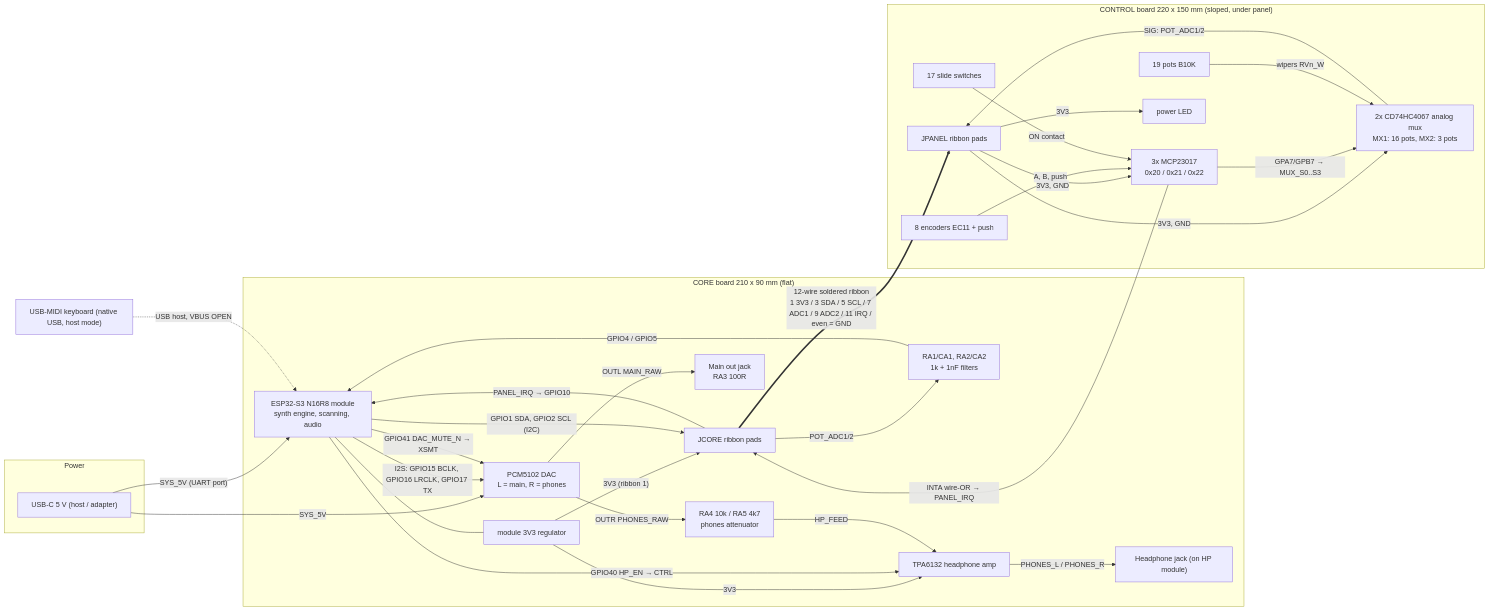
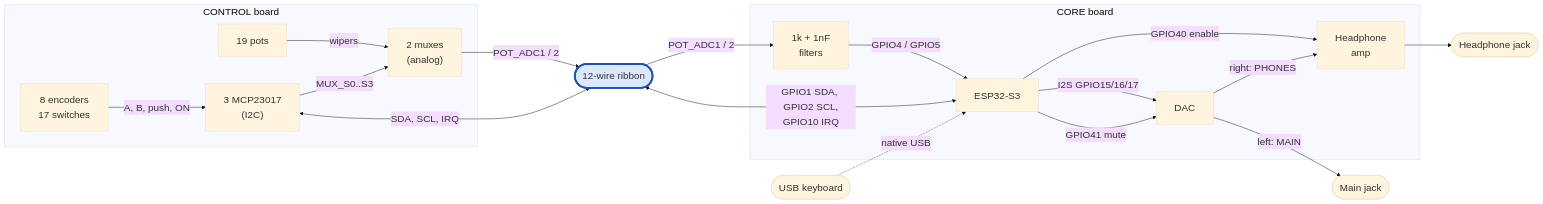
The second of 2 diagrams in docs/plan-r0.5.md (maakleerplek/MooMoog), drawn with Mermaid before and after one commit. The commit also changed other lines of this file, not shown here.

Commit message:
Plan: split block diagram into power and signal diagrams, larger text
Power diagram marks the single entry point (USB-C on the ESP module UART port).

Claude-Session: https://claude.ai/code/session_01GPF9TM1QodN6KMYhP8VWec

````diff
--- a/docs/plan-r0.5.md
+++ b/docs/plan-r0.5.md
@@ -24,58 +59,38 @@
 ```mermaid
+%%{init: {"theme": "base", "themeVariables": {"fontSize": "22px"}, "flowchart": {"nodeSpacing": 50, "rankSpacing": 70, "padding": 20}}}%%
 flowchart LR
-  subgraph PWR["Power"]
-    USB5["USB-C 5 V (host / adapter)"]
+  subgraph CTRL["CONTROL board"]
+    POTS["19 pots"]
+    MX["2 muxes<br/>(analog)"]
+    SW["8 encoders<br/>17 switches"]
+    IO["3 MCP23017<br/>(I2C)"]
   end
-  subgraph CORE["CORE board 210 x 90 mm (flat)"]
-    ESP["ESP32-S3 N16R8 module<br/>synth engine, scanning, audio"]
-    REG["module 3V3 regulator"]
-    FILT["RA1/CA1, RA2/CA2<br/>1k + 1nF filters"]
-    DAC["PCM5102 DAC<br/>L = main, R = phones"]
-    ATT["RA4 10k / RA5 4k7<br/>phones attenuator"]
-    HP["TPA6132 headphone amp"]
-    JM["Main out jack<br/>RA3 100R"]
-    JH["Headphone jack (on HP module)"]
-    JC["JCORE ribbon pads"]
+  RIB(["12-wire ribbon"]):::rib
+  subgraph CORE["CORE board"]
+    FILT["1k + 1nF<br/>filters"]
+    ESP["ESP32-S3"]
+    DAC["DAC"]
+    AMP["Headphone<br/>amp"]
   end
-  subgraph CTRL["CONTROL board 220 x 150 mm (sloped, under panel)"]
-    JP["JPANEL ribbon pads"]
-    IO["3x MCP23017<br/>0x20 / 0x21 / 0x22"]
-    MX["2x CD74HC4067 analog mux<br/>MX1: 16 pots, MX2: 3 pots"]
-    POTS["19 pots B10K"]
-    ENC["8 encoders EC11 + push"]
-    SW["17 slide switches"]
-    LED["power LED"]
-  end
-  KB["USB-MIDI keyboard (native USB, host mode)"]
+  OUT1(["Main jack"])
+  OUT2(["Headphone jack"])
+  KB(["USB keyboard"])
 
-  USB5 -- "SYS_5V (UART port)" --> ESP
-  USB5 -- "SYS_5V" --> DAC
-  ESP --- REG
-  REG -- "3V3" --> HP
-  REG -- "3V3 (ribbon 1)" --> JC
-  KB -. "USB host, VBUS OPEN" .-> ESP
+  POTS -- "wipers" --> MX
+  IO -- "MUX_S0..S3" --> MX
+  SW -- "A, B, push, ON" --> IO
+  MX -- "POT_ADC1 / 2" --> RIB
+  IO <-- "SDA, SCL, IRQ" --> RIB
+  RIB -- "POT_ADC1 / 2" --> FILT
+  FILT -- "GPIO4 / GPIO5" --> ESP
+  RIB <-- "GPIO1 SDA, GPIO2 SCL,<br/>GPIO10 IRQ" --> ESP
+  KB -. "native USB" .-> ESP
+  ESP -- "I2S GPIO15/16/17" --> DAC
+  ESP -- "GPIO41 mute" --> DAC
+  ESP -- "GPIO40 enable" --> AMP
+  DAC -- "left: MAIN" --> OUT1
+  DAC -- "right: PHONES" --> AMP
+  AMP --> OUT2
 
-  JC == "12-wire soldered ribbon<br/>1 3V3 / 3 SDA / 5 SCL / 7 ADC1 / 9 ADC2 / 11 IRQ / even = GND" ==> JP
-
-  JP -- "3V3, GND" --> IO
-  JP -- "3V3, GND" --> MX
-  JP -- "3V3" --> LED
-  ESP -- "GPIO1 SDA, GPIO2 SCL (I2C)" --> JC
-  IO -- "INTA wire-OR → PANEL_IRQ" --> JC
-  JC -- "PANEL_IRQ → GPIO10" --> ESP
-  IO -- "GPA7/GPB7 → MUX_S0..S3" --> MX
-  ENC -- "A, B, push" --> IO
-  SW -- "ON contact" --> IO
-  POTS -- "wipers RVn_W" --> MX
-  MX -- "SIG: POT_ADC1/2" --> JP
-  JC -- "POT_ADC1/2" --> FILT
-  FILT -- "GPIO4 / GPIO5" --> ESP
-
-  ESP -- "I2S: GPIO15 BCLK, GPIO16 LRCLK, GPIO17 TX" --> DAC
-  ESP -- "GPIO41 DAC_MUTE_N → XSMT" --> DAC
-  ESP -- "GPIO40 HP_EN → CTRL" --> HP
-  DAC -- "OUTL MAIN_RAW" --> JM
-  DAC -- "OUTR PHONES_RAW" --> ATT
-  ATT -- "HP_FEED" --> HP
-  HP -- "PHONES_L / PHONES_R" --> JH
+  classDef rib fill:#dbe8ff,stroke:#1f4fbf,stroke-width:4px
 ```
````
